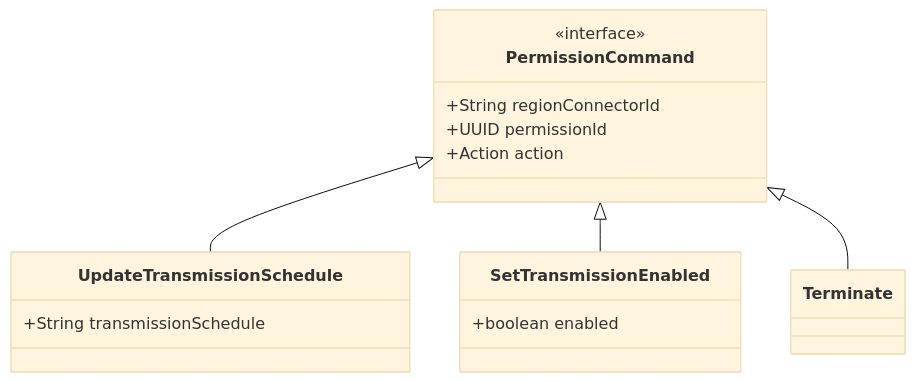
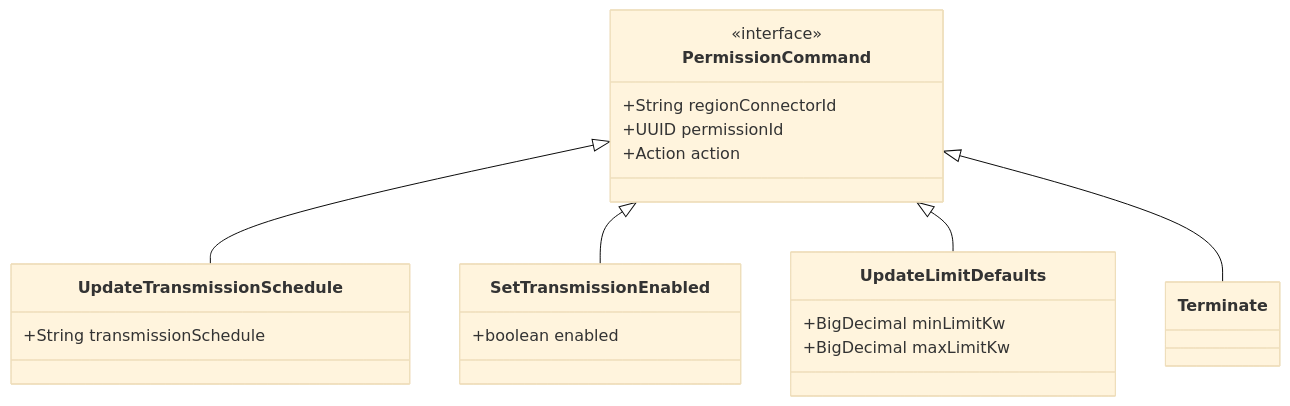
One commit to eddie-energy/eddie changed the fourth of 4 diagrams in docs/2-integrating/messages/agnostic.md. Above: the diagram before and after it, drawn with Mermaid (base theme). The commit also changed other lines of this file and 12 other files, not shown here.

Commit message:
feat(aiida): Add permission command to update connection limit defaults for AIIDA permissions #2588

````diff
--- a/docs/2-integrating/messages/agnostic.md
+++ b/docs/2-integrating/messages/agnostic.md
@@ -107,24 +106,30 @@
 ```mermaid
 classDiagram
     class PermissionCommand {
         <<interface>>
         +String regionConnectorId
         +UUID permissionId
         +Action action
     }
 
     class UpdateTransmissionSchedule {
         +String transmissionSchedule
     }
 
     class SetTransmissionEnabled {
         +boolean enabled
     }
+    
+    class UpdateLimitDefaults {
+        +BigDecimal minLimitKw
+        +BigDecimal maxLimitKw
+    }
 
     class Terminate {
     }
 
     PermissionCommand <|-- UpdateTransmissionSchedule
     PermissionCommand <|-- SetTransmissionEnabled
+    PermissionCommand <|-- UpdateLimitDefaults
     PermissionCommand <|-- Terminate
 ```
````
